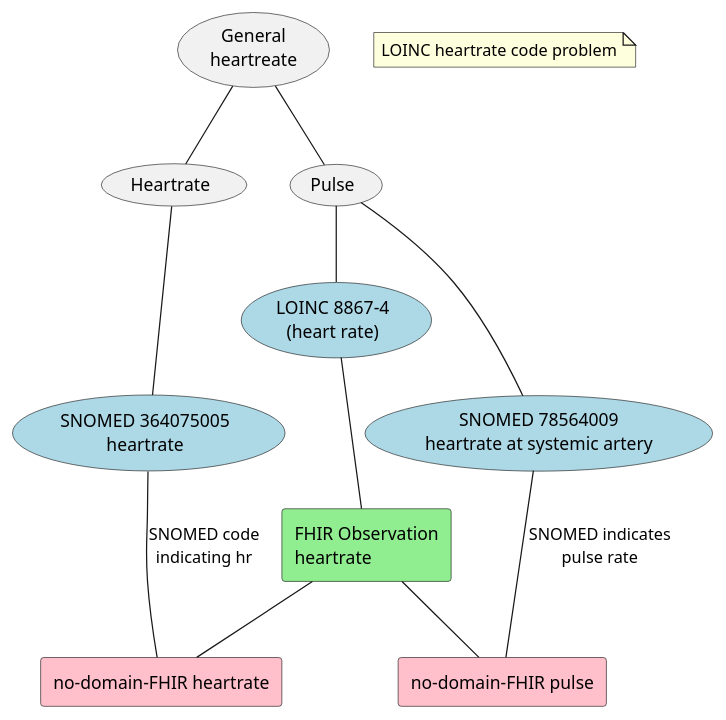
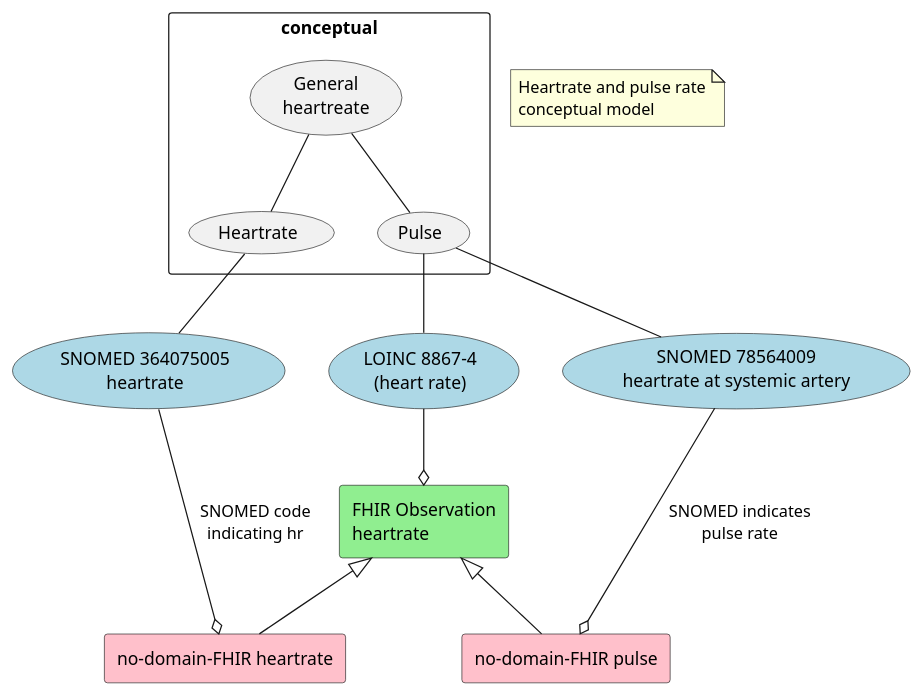
Before and after one commit to HL7Norway/no-domain: the diagram in VitalSigns/input/images-source/puls-hr-problem.plantuml, drawn with PlantUML. The commit also changed 2 other files, not shown here.

```diff
--- a/VitalSigns/input/images-source/puls-hr-problem.plantuml
+++ b/VitalSigns/input/images-source/puls-hr-problem.plantuml
@@ -1,33 +1,43 @@
 @startuml
 
-note "LOINC heartrate code problem" as problem
-
+note "Heartrate and pulse rate\nconceptual model" as consept
+rectangle "conceptual" {
 "General\nheartreate" as (general)
 "Heartrate" as (hr)
 "Pulse" as (pulse)
+}
 
 "LOINC 8867-4\n(heart rate)" as (8867) #lightblue
 "SNOMED 78564009\nheartrate at systemic artery" as (snopulse) #lightblue
 "SNOMED 364075005\nheartrate" as (snohr) #lightblue
 '"LOINC hr code" as (loinchr) #lightblue
 
-rectangle "FHIR Observation\nheartrate" as fhirhr #lightgreen
-rectangle "no-domain-FHIR heartrate" as nodomhr #pink
-rectangle "no-domain-FHIR pulse" as nodompulse #pink
+snohr -right[hidden]- 8867
+8867 -right[hidden]- snohr
+
+'note "Heartrate and pulse\n rate FHIR profiles" as FHIRmodel
+
+'rectangle "FHIR profiles" {
+  rectangle "FHIR Observation\nheartrate" as fhirhr #lightgreen
+  rectangle "no-domain-FHIR heartrate" as nodomhr #pink
+  rectangle "no-domain-FHIR pulse" as nodompulse #pink
+'}
+
+'fhirhr -right[hidden]- FHIRmodel
 
 general -down- hr
 general -down- pulse
 pulse -down- snopulse
 hr -down- snohr
 pulse -down- 8867
-8867 -down- fhirhr
-fhirhr -down- nodomhr
-fhirhr -down- nodompulse
-nodompulse -up- snopulse :SNOMED indicates\npulse rate
-nodomhr -up- snohr :SNOMED code\nindicating hr
+8867 -down-o fhirhr
+fhirhr <|-down- nodomhr
+fhirhr <|-down- nodompulse
+nodompulse o-up- snopulse :SNOMED indicates\npulse rate
+nodomhr o-up- snohr :SNOMED code\nindicating hr
 'rectangle "test" as rect {
 '"search for information" as (soke) #lightblue
 '"indexing" as (indeksere)
 '"read information" as (lese) #lightblue
 '"share information" as (dele) #lightblued
 @enduml
```
